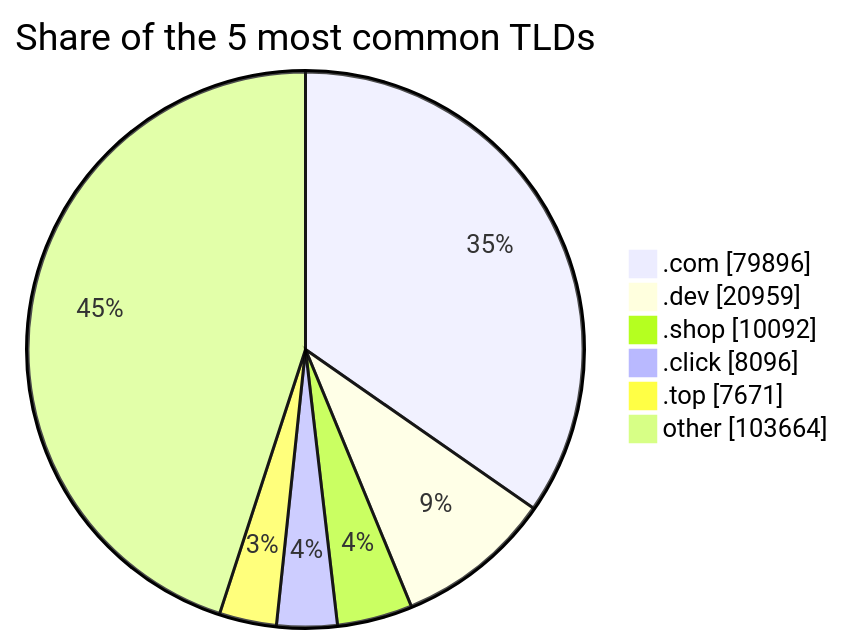
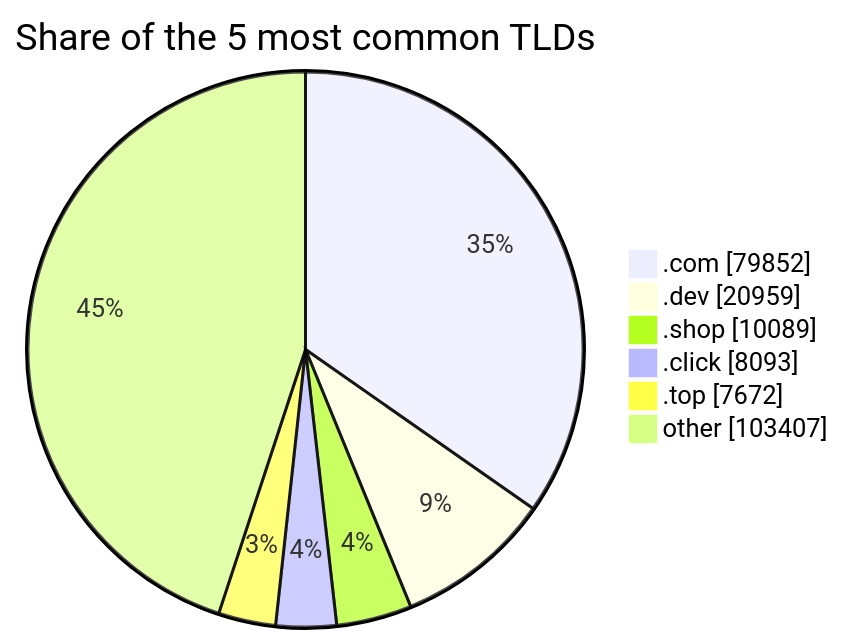
The third of 3 diagrams in README.md (DNSBunker/CTI), drawn with Mermaid before and after one commit. The commit also changed other lines of this file and 3 other files, not shown here.

````diff
--- a/README.md
+++ b/README.md
@@ -81,9 +81,9 @@
 ```mermaid
 pie showData title Share of the 5 most common TLDs
-    ".com" : 79896
+    ".com" : 79852
     ".dev" : 20959
-    ".shop" : 10092
-    ".click" : 8096
-    ".top" : 7671
-    "other" : 103664
+    ".shop" : 10089
+    ".click" : 8093
+    ".top" : 7672
+    "other" : 103407
 ```
````
